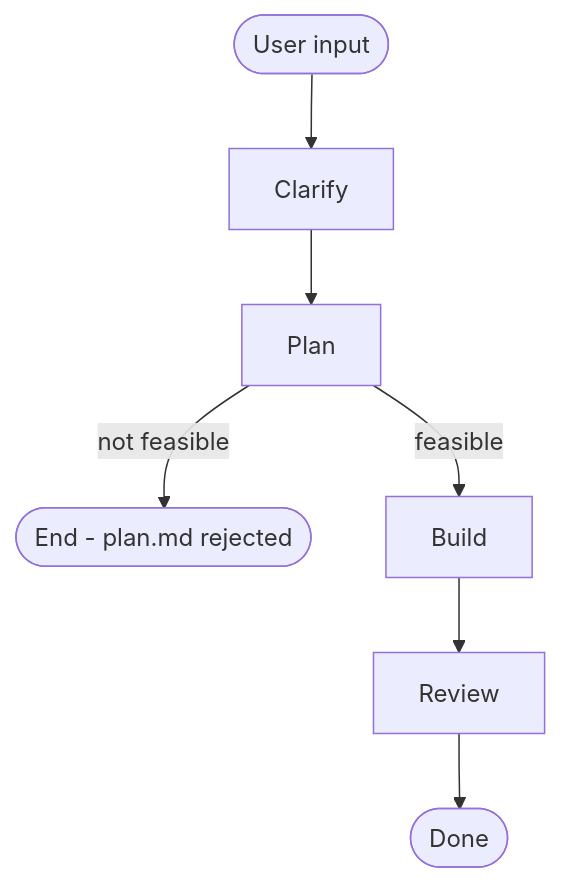
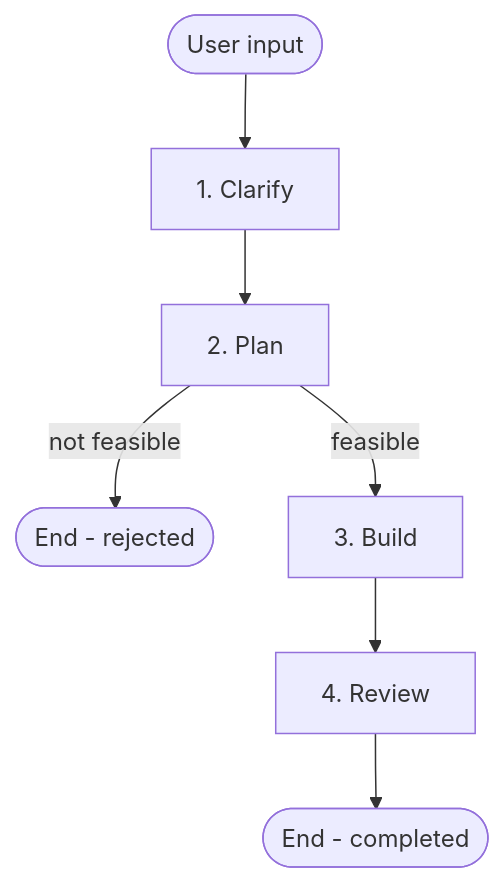
One commit to itsnamor/flower changed the diagram in core/skills/flower/SKILL.md. Above: the diagram before and after it, drawn with Mermaid. The commit also changed other lines of this file and 4 other files, not shown here.

````diff
--- a/core/skills/flower/SKILL.md
+++ b/core/skills/flower/SKILL.md
@@ -8,9 +10,9 @@
 ```mermaid
 flowchart TD
-    Start([User input]) --> P1[Clarify]
-    P1 --> P2[Plan]
-    P2 -- not feasible --> D1([End - plan.md rejected])
-    P2 -- feasible --> P3[Build]
-    P3 --> P4[Review]
-    P4 --> D2([Done])
+    Start([User input]) --> F1[1. Clarify]
+    F1 --> F2[2. Plan]
+    F2 -- not feasible --> E1([End - rejected])
+    F2 -- feasible --> F3[3. Build]
+    F3 --> F4[4. Review]
+    F4 --> E2([End - completed])
 ```
````
